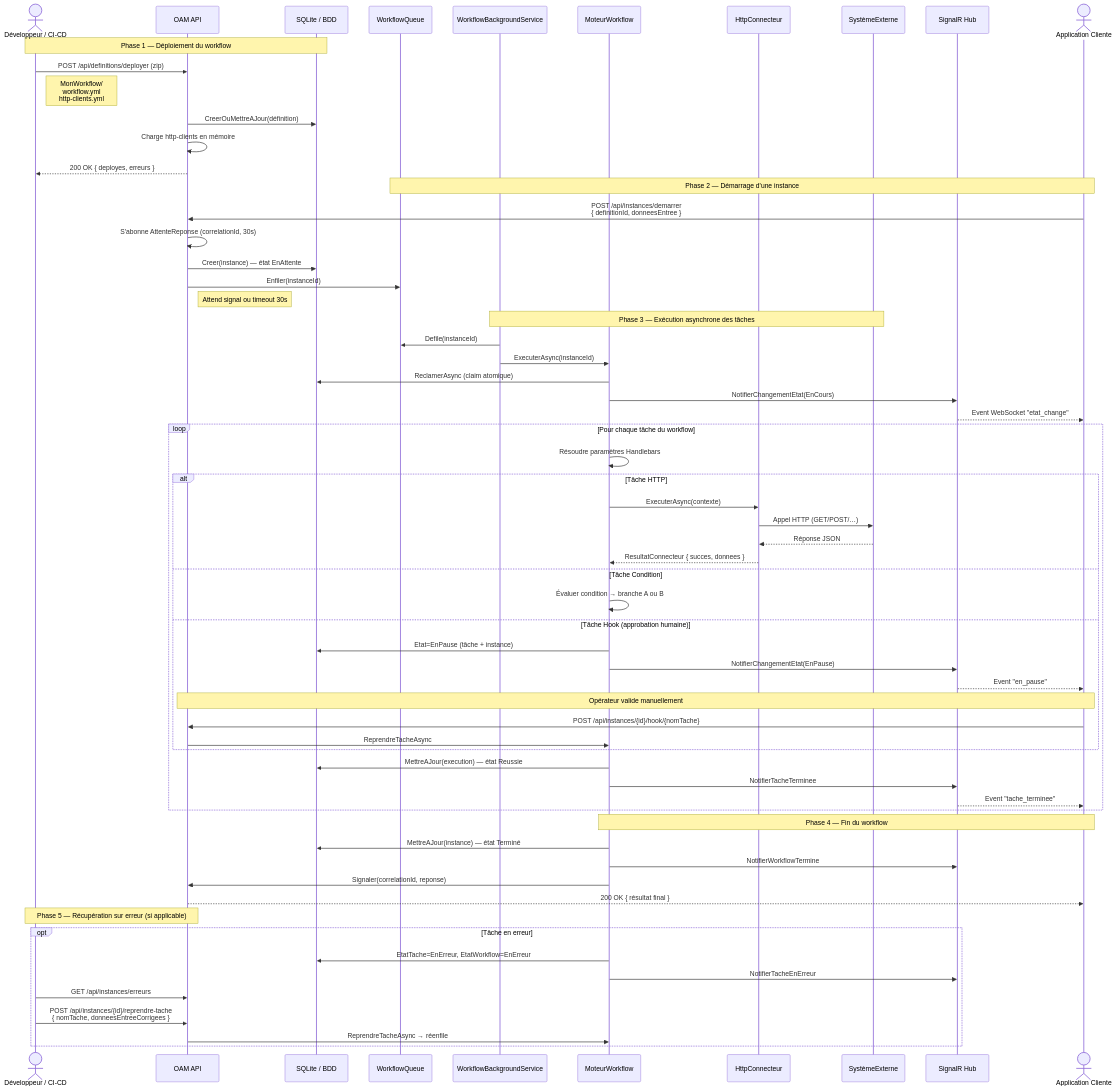
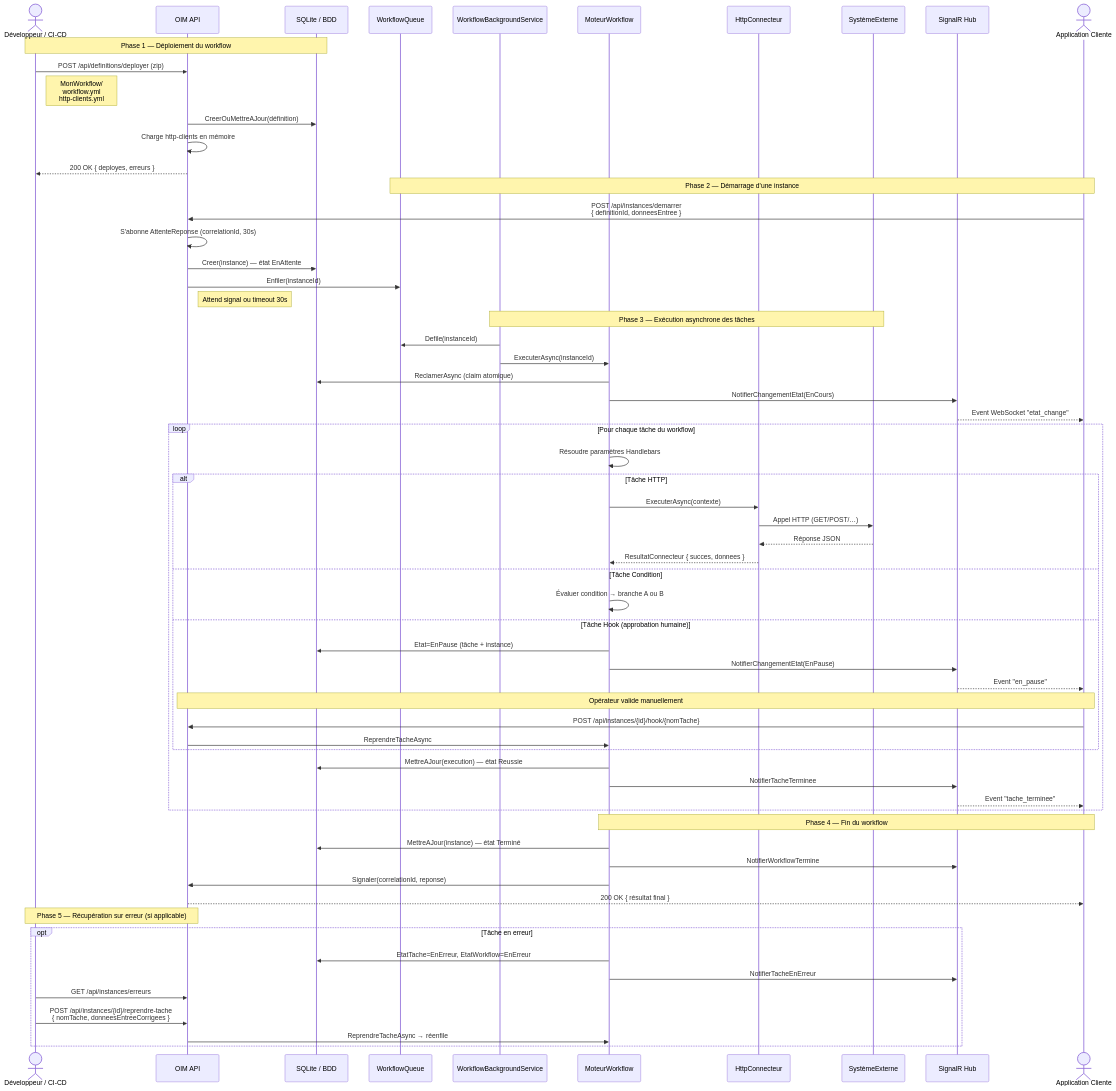
Before and after one commit to anisite/OAM: the first of 3 diagrams in Documentation/Conception/utilisation.md, drawn with Mermaid. The commit also changed other lines of this file and 183 other files, not shown here.

````diff
--- a/Documentation/Conception/utilisation.md
+++ b/Documentation/Conception/utilisation.md
@@ -5,76 +5,76 @@
 ```mermaid
 sequenceDiagram
     actor Dev as Développeur / CI-CD
-    participant API as OAM API
+    participant API as OIM API
     participant DB as SQLite / BDD
     participant Queue as WorkflowQueue
     participant BG as WorkflowBackgroundService
     participant Moteur as MoteurWorkflow
     participant HTTP as HttpConnecteur
     participant SRE as SystèmeExterne
     participant Hub as SignalR Hub
     actor Client as Application Cliente
 
     %% ── Phase 1 : Déploiement ──────────────────────────────────────────
     Note over Dev,DB: Phase 1 — Déploiement du workflow
     Dev->>API: POST /api/definitions/deployer (zip)
     Note right of Dev: MonWorkflow/<br/>  workflow.yml<br/>  http-clients.yml
     API->>DB: CreerOuMettreAJour(définition)
     API->>API: Charge http-clients en mémoire
     API-->>Dev: 200 OK { deployes, erreurs }
 
     %% ── Phase 2 : Démarrage ────────────────────────────────────────────
     Note over Client,Queue: Phase 2 — Démarrage d'une instance
     Client->>API: POST /api/instances/demarrer<br/>{ definitionId, donneesEntree }
     API->>API: S'abonne AttenteReponse (correlationId, 30s)
     API->>DB: Creer(instance) — état EnAttente
     API->>Queue: Enfiler(instanceId)
     Note right of API: Attend signal ou timeout 30s
 
     %% ── Phase 3 : Exécution ────────────────────────────────────────────
     Note over BG,SRE: Phase 3 — Exécution asynchrone des tâches
     BG->>Queue: Defile(instanceId)
     BG->>Moteur: ExecuterAsync(instanceId)
     Moteur->>DB: ReclamerAsync (claim atomique)
     Moteur->>Hub: NotifierChangementEtat(EnCours)
     Hub-->>Client: Event WebSocket "etat_change"
 
     loop Pour chaque tâche du workflow
         Moteur->>Moteur: Résoudre paramètres Handlebars
         alt Tâche HTTP
             Moteur->>HTTP: ExecuterAsync(contexte)
             HTTP->>SRE: Appel HTTP (GET/POST/…)
             SRE-->>HTTP: Réponse JSON
             HTTP-->>Moteur: ResultatConnecteur { succes, donnees }
         else Tâche Condition
             Moteur->>Moteur: Évaluer condition → branche A ou B
         else Tâche Hook (approbation humaine)
             Moteur->>DB: Etat=EnPause (tâche + instance)
             Moteur->>Hub: NotifierChangementEtat(EnPause)
             Hub-->>Client: Event "en_pause"
             Note over Client,API: Opérateur valide manuellement
             Client->>API: POST /api/instances/{id}/hook/{nomTache}
             API->>Moteur: ReprendreTacheAsync
         end
         Moteur->>DB: MettreAJour(execution) — état Reussie
         Moteur->>Hub: NotifierTacheTerminee
         Hub-->>Client: Event "tache_terminee"
     end
 
     %% ── Phase 4 : Fin ──────────────────────────────────────────────────
     Note over Moteur,Client: Phase 4 — Fin du workflow
     Moteur->>DB: MettreAJour(instance) — état Terminé
     Moteur->>Hub: NotifierWorkflowTermine
     Moteur->>API: Signaler(correlationId, reponse)
     API-->>Client: 200 OK { résultat final }
 
     %% ── Phase 5 : Gestion d'erreur ────────────────────────────────────
     Note over Dev,API: Phase 5 — Récupération sur erreur (si applicable)
     opt Tâche en erreur
         Moteur->>DB: EtatTache=EnErreur, EtatWorkflow=EnErreur
         Moteur->>Hub: NotifierTacheEnErreur
         Dev->>API: GET /api/instances/erreurs
         Dev->>API: POST /api/instances/{id}/reprendre-tache<br/>{ nomTache, donneesEntreeCorrigees }
         API->>Moteur: ReprendreTacheAsync → réenfile
     end
 ```
````
